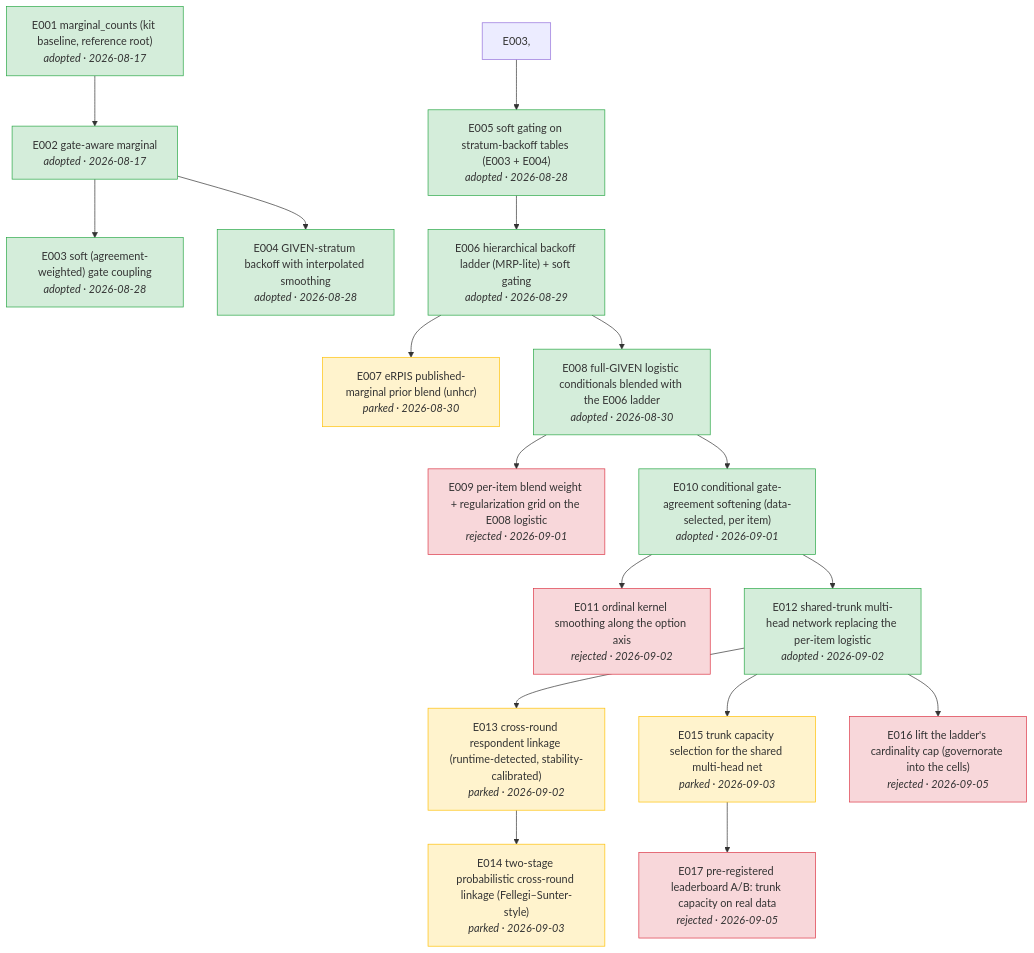
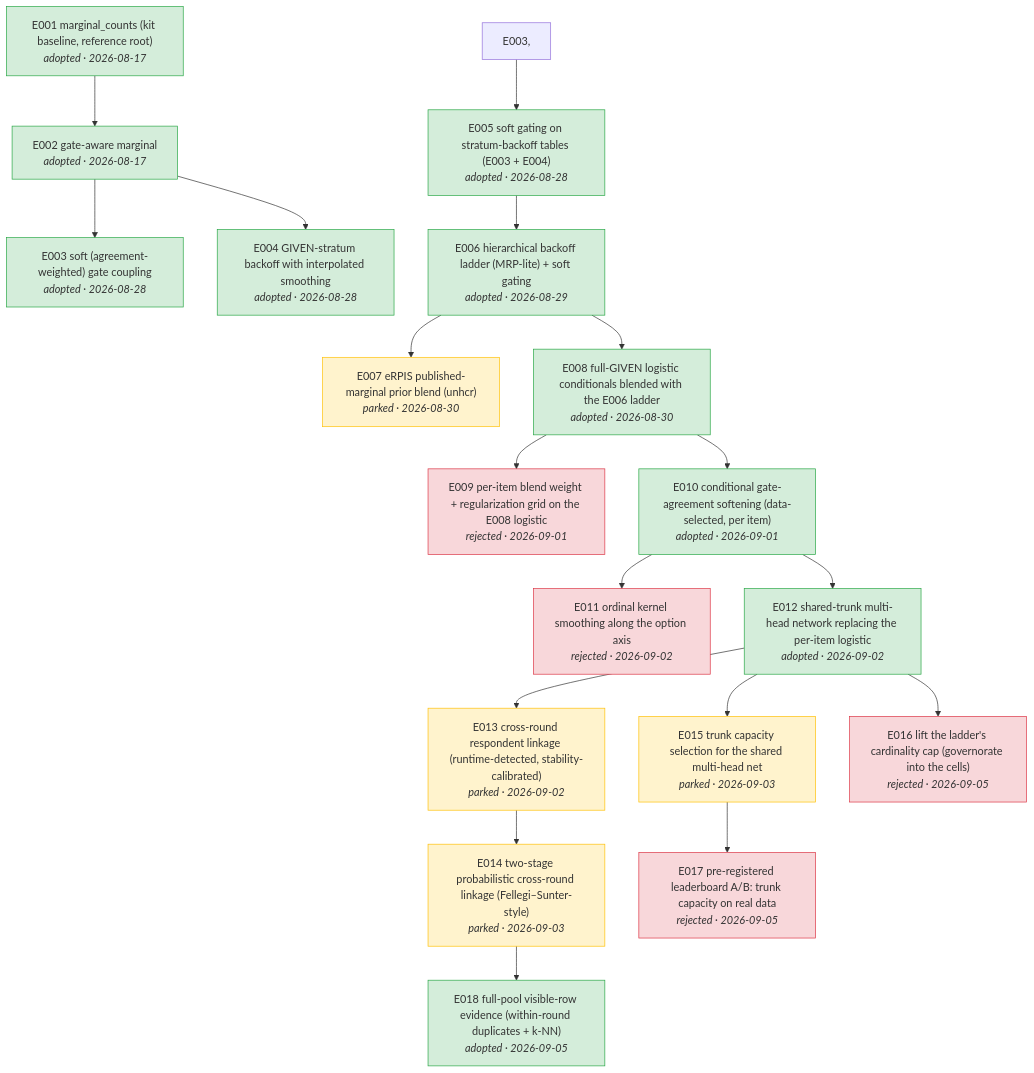
One commit to joon56/Simulacrabench-NeurIPS-2026- changed the diagram in docs/tree.md. Above: the diagram before and after it, drawn with Mermaid. The commit also changed 6 other files, not shown here.

First line of the commit message:
E018: full-pool visible-row evidence (within-round duplicate axis), submission #10

````diff
--- a/docs/tree.md
+++ b/docs/tree.md
@@ -5,42 +5,44 @@
 ```mermaid
 flowchart TD
     E001["E001 marginal_counts (kit baseline, reference root)<br/><i>adopted · 2026-08-17</i>"]
     E002["E002 gate-aware marginal<br/><i>adopted · 2026-08-17</i>"]
     E001 --> E002
     E003["E003 soft (agreement-weighted) gate coupling<br/><i>adopted · 2026-08-28</i>"]
     E002 --> E003
     E004["E004 GIVEN-stratum backoff with interpolated smoothing<br/><i>adopted · 2026-08-28</i>"]
     E002 --> E004
     E005["E005 soft gating on stratum-backoff tables (E003 + E004)<br/><i>adopted · 2026-08-28</i>"]
     E003, --> E005
     E006["E006 hierarchical backoff ladder (MRP-lite) + soft gating<br/><i>adopted · 2026-08-29</i>"]
     E005 --> E006
     E007["E007 eRPIS published-marginal prior blend (unhcr)<br/><i>parked · 2026-08-30</i>"]
     E006 --> E007
     E008["E008 full-GIVEN logistic conditionals blended with the E006 ladder<br/><i>adopted · 2026-08-30</i>"]
     E006 --> E008
     E009["E009 per-item blend weight + regularization grid on the E008 logistic<br/><i>rejected · 2026-09-01</i>"]
     E008 --> E009
     E010["E010 conditional gate-agreement softening (data-selected, per item)<br/><i>adopted · 2026-09-01</i>"]
     E008 --> E010
     E011["E011 ordinal kernel smoothing along the option axis<br/><i>rejected · 2026-09-02</i>"]
     E010 --> E011
     E012["E012 shared-trunk multi-head network replacing the per-item logistic<br/><i>adopted · 2026-09-02</i>"]
     E010 --> E012
     E013["E013 cross-round respondent linkage (runtime-detected, stability-calibrated)<br/><i>parked · 2026-09-02</i>"]
     E012 --> E013
     E014["E014 two-stage probabilistic cross-round linkage (Fellegi–Sunter-style)<br/><i>parked · 2026-09-03</i>"]
     E013 --> E014
     E015["E015 trunk capacity selection for the shared multi-head net<br/><i>parked · 2026-09-03</i>"]
     E012 --> E015
     E016["E016 lift the ladder's cardinality cap (governorate into the cells)<br/><i>rejected · 2026-09-05</i>"]
     E012 --> E016
     E017["E017 pre-registered leaderboard A/B: trunk capacity on real data<br/><i>rejected · 2026-09-05</i>"]
     E015 --> E017
+    E018["E018 full-pool visible-row evidence (within-round duplicates + k-NN)<br/><i>adopted · 2026-09-05</i>"]
+    E014 --> E018
     classDef adopted fill:#d4edda,stroke:#28a745
-    class E001,E002,E003,E004,E005,E006,E008,E010,E012 adopted
+    class E001,E002,E003,E004,E005,E006,E008,E010,E012,E018 adopted
     classDef rejected fill:#f8d7da,stroke:#dc3545
     class E009,E011,E016,E017 rejected
     classDef parked fill:#fff3cd,stroke:#ffc107
     class E007,E013,E014,E015 parked
 ```
````
